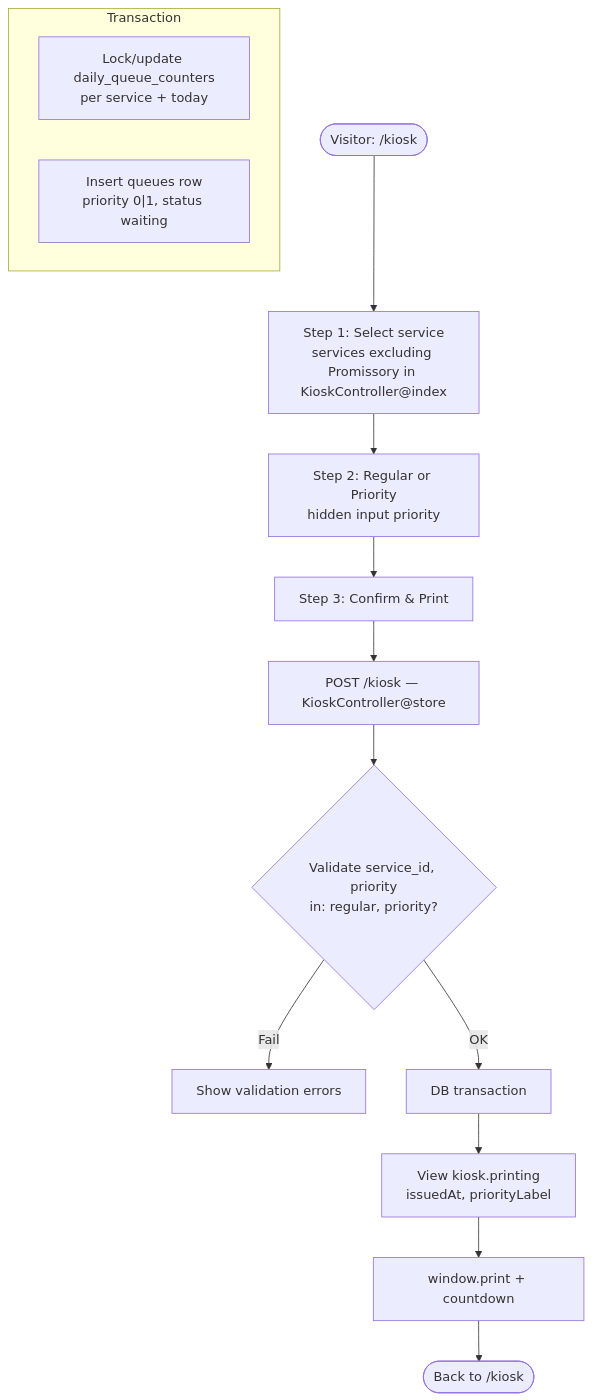
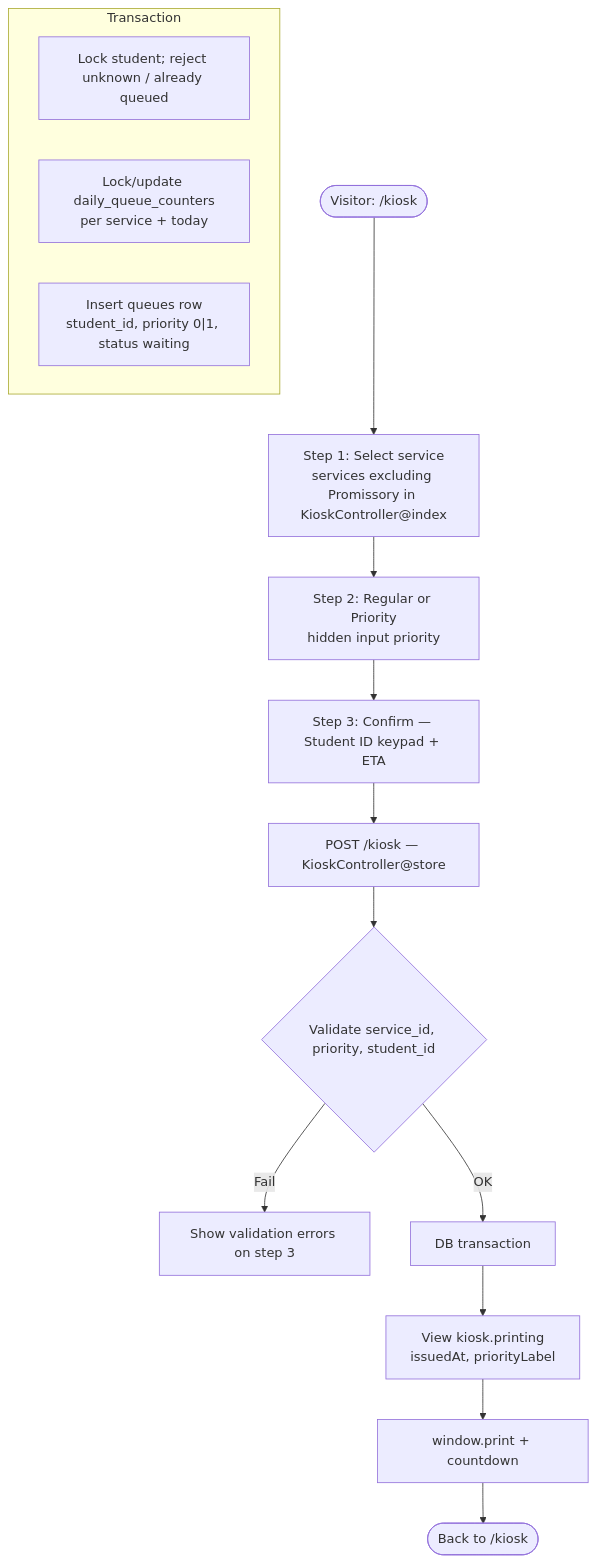
One commit to rhems95/queuing-system changed the third of 12 diagrams in docs/system-flowchart.md. Above: the diagram before and after it, drawn with Mermaid. The commit also changed other lines of this file and 31 other files, not shown here.

First line of the commit message:
Add student ID confirm, Hold, and window-scoped cashier serving.

````diff
--- a/docs/system-flowchart.md
+++ b/docs/system-flowchart.md
@@ -87,17 +87,18 @@
 ```mermaid
 flowchart TD
     Start([Visitor: /kiosk]) --> S1["Step 1: Select service<br/>services excluding Promissory in KioskController@index"]
     S1 --> S2["Step 2: Regular or Priority<br/>hidden input priority"]
-    S2 --> S3["Step 3: Confirm & Print"]
+    S2 --> S3["Step 3: Confirm — Student ID keypad + ETA"]
     S3 --> POST["POST /kiosk — KioskController@store"]
-    POST --> V{"Validate service_id, priority<br/>in: regular, priority?"}
-    V -->|Fail| E["Show validation errors"]
+    POST --> V{"Validate service_id, priority, student_id"}
+    V -->|Fail| E["Show validation errors on step 3"]
     V -->|OK| Txn["DB transaction"]
     subgraph Trn["Transaction"]
+        T0["Lock student; reject unknown / already queued"]
         T1["Lock/update daily_queue_counters<br/>per service + today"]
-        T2["Insert queues row<br/>priority 0|1, status waiting"]
+        T2["Insert queues row<br/>student_id, priority 0|1, status waiting"]
     end
     Txn --> Print["View kiosk.printing<br/>issuedAt, priorityLabel"]
     Print --> AP["window.print + countdown"]
     AP --> Home([Back to /kiosk])
 ```
````
